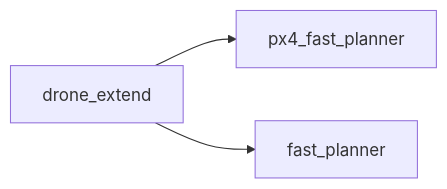
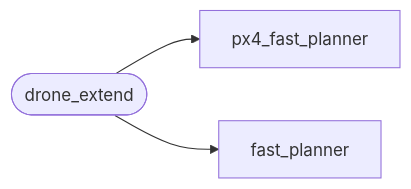
Before and after one commit to Dieptranivsr/drone_extend: the second of 5 diagrams in sp_code/system.md, drawn with Mermaid.

````diff
--- a/sp_code/system.md
+++ b/sp_code/system.md
@@ -6,5 +6,5 @@
 ```mermaid
-graph LR
-  drone_extend --> px4_fast_planner;
-  drone_extend --> fast_planner;
+flowchart LR
+  id1([drone_extend]) --> px4_fast_planner;
+  id1 --> fast_planner;
 ```
````
